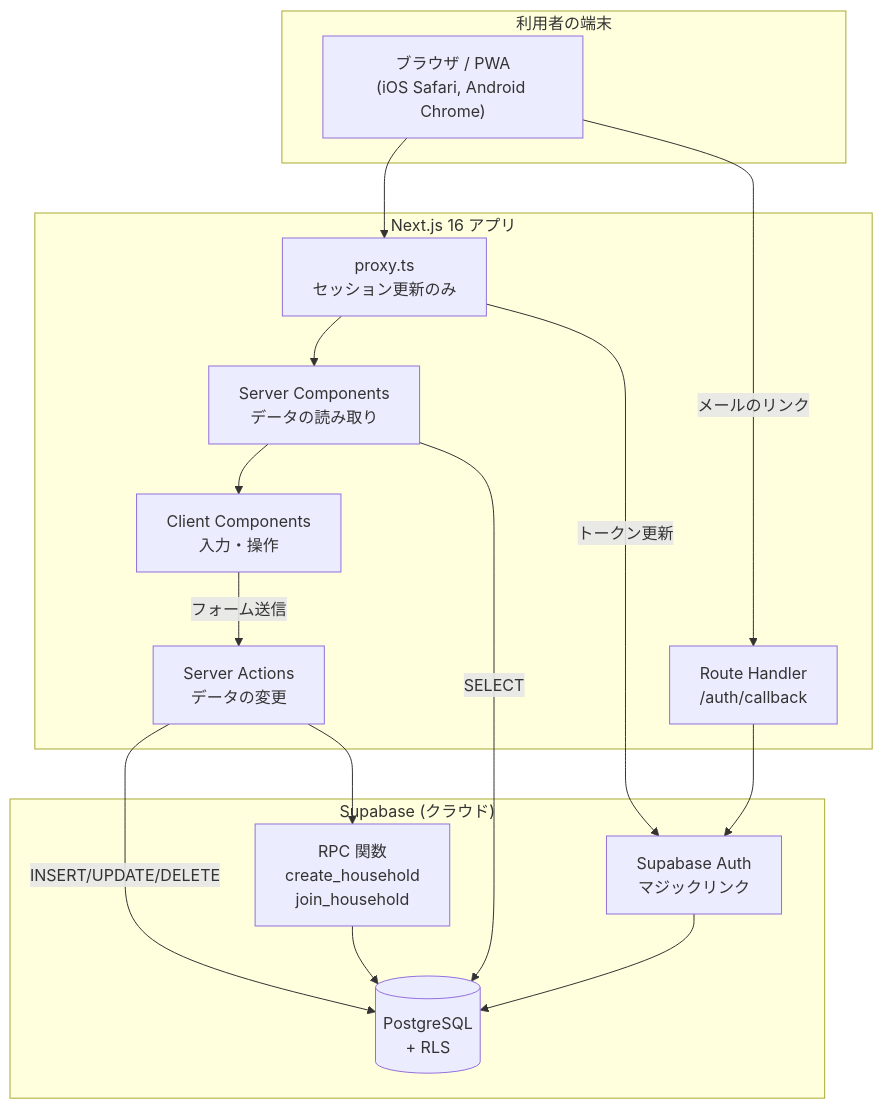
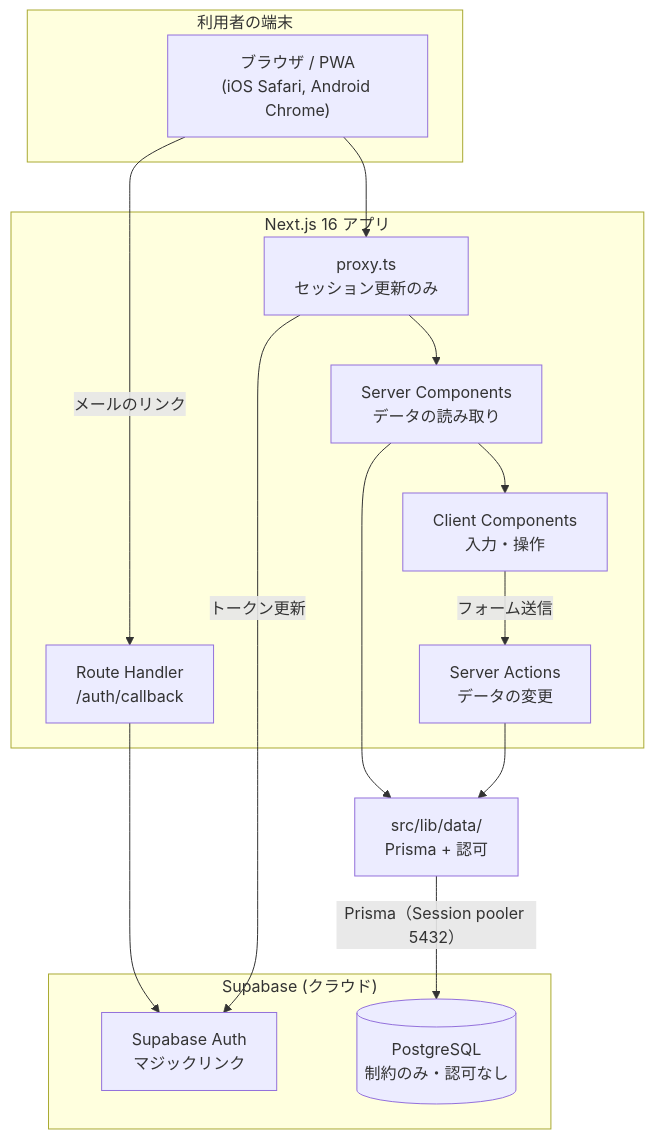
Before and after one commit to arize-matsuda/monely: the first of 6 diagrams in docs/02-design/architecture.md, drawn with Mermaid. The commit also changed other lines of this file and 34 other files, not shown here.

````diff
--- a/docs/02-design/architecture.md
+++ b/docs/02-design/architecture.md
@@ -11,33 +11,31 @@
 ```mermaid
 flowchart TB
     subgraph Device["利用者の端末"]
         Browser["ブラウザ / PWA<br/>(iOS Safari, Android Chrome)"]
     end
 
     subgraph NextApp["Next.js 16 アプリ"]
         Proxy["proxy.ts<br/>セッション更新のみ"]
         SC["Server Components<br/>データの読み取り"]
         SA["Server Actions<br/>データの変更"]
         RH["Route Handler<br/>/auth/callback"]
         CC["Client Components<br/>入力・操作"]
     end
 
     subgraph Supabase["Supabase (クラウド)"]
         Auth["Supabase Auth<br/>マジックリンク"]
-        PG[("PostgreSQL<br/>+ RLS")]
-        RPC["RPC 関数<br/>create_household<br/>join_household"]
+        PG[("PostgreSQL<br/>制約のみ・認可なし")]
     end
+    DAL["src/lib/data/<br/>Prisma + 認可"]
 
     Browser --> Proxy
     Proxy --> SC
     SC --> CC
     CC -- "フォーム送信" --> SA
     Browser -- "メールのリンク" --> RH
     RH --> Auth
-    SC -- "SELECT" --> PG
-    SA -- "INSERT/UPDATE/DELETE" --> PG
-    SA --> RPC
-    RPC --> PG
+    SC --> DAL
+    SA --> DAL
+    DAL -- "Prisma（Session pooler 5432）" --> PG
     Proxy -- "トークン更新" --> Auth
-    Auth --> PG
 ```
````
